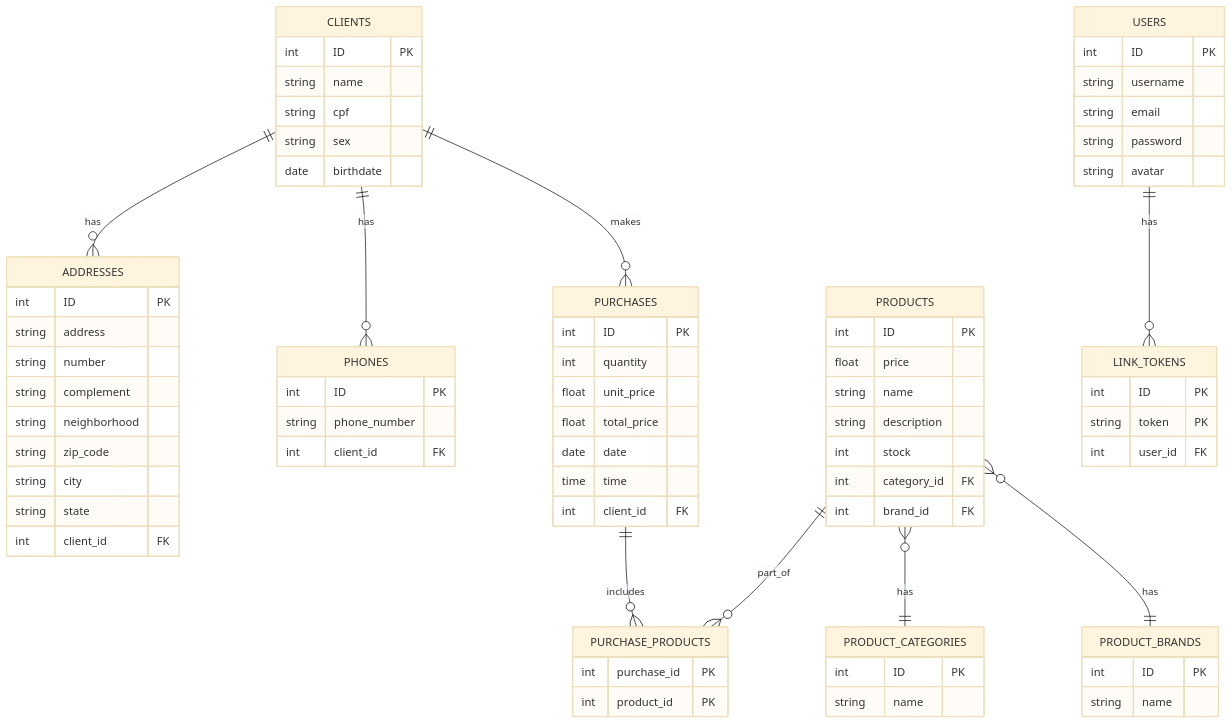
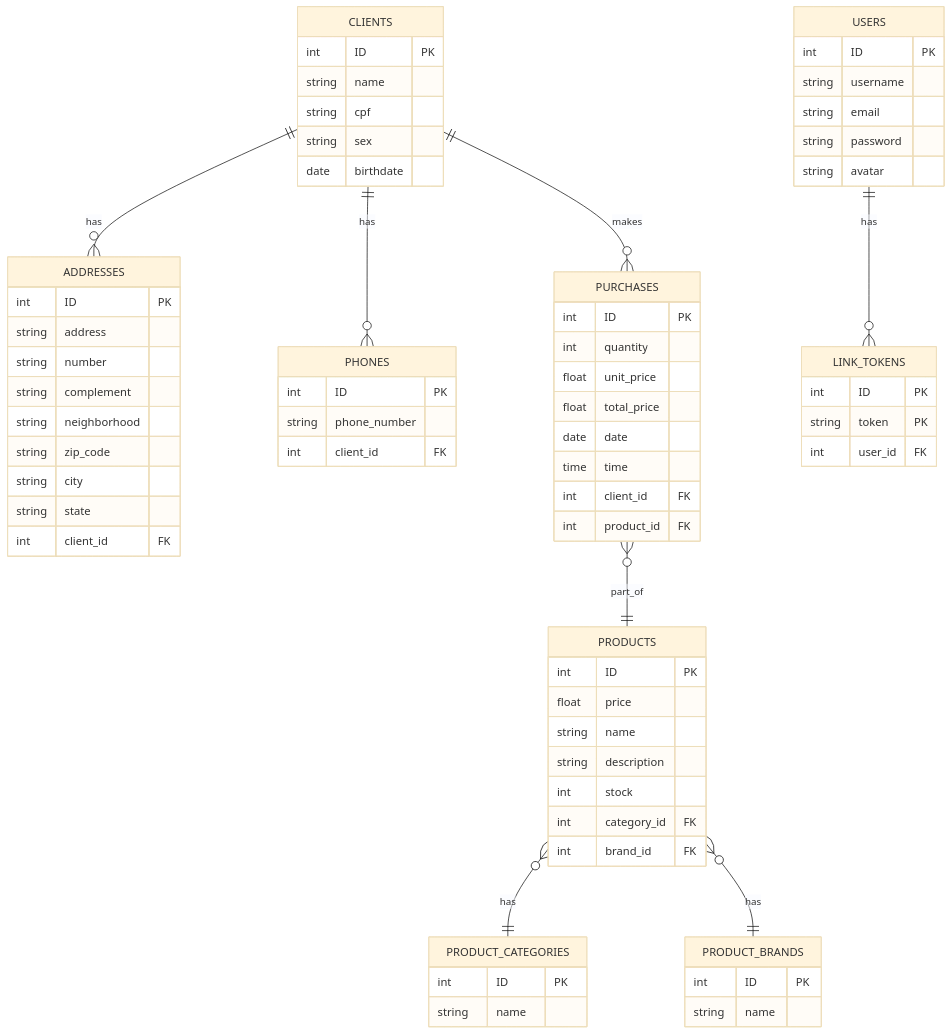
Before and after one commit to andreresende36/comercial-api: the diagram in ER-diagram .md, drawn with Mermaid (base theme). The commit also changed 26 other files, not shown here.

Commit message:
feat: :sparkles: products CRUD and purchases CRUD

````diff
--- a/ER-diagram .md
+++ b/ER-diagram .md
@@ -1,80 +1,76 @@
 ```mermaid
 erDiagram
     USERS {
         int ID PK
         string username
         string email
         string password
         string avatar
     }
     %% SESSIONS {
     %%     int ID PK
     %% }
     CLIENTS {
         int ID PK
         string name
         string cpf
         string sex
         date birthdate
     }
     ADDRESSES {
         int ID PK
         string address
         string number
         string complement
         string neighborhood
         string zip_code
         string city
         string state
         int client_id FK
     }
     PHONES {
         int ID PK
         string phone_number
         int client_id FK
     }
     PRODUCTS {
         int ID PK
         float price
         string name
         string description
         int stock
         int category_id FK
         int brand_id FK
     }
     PRODUCT_CATEGORIES {
         int ID PK
         string name
     }
     PRODUCT_BRANDS {
         int ID PK
         string name
     }
     PURCHASES {
         int ID PK
         int quantity
         float unit_price
         float total_price
         date date
         time time
         int client_id FK
-    }
-    PURCHASE_PRODUCTS {
-        int purchase_id PK
-        int product_id PK
+        int product_id FK
     }
     LINK_TOKENS {
         int ID PK
         string token PK
         int user_id FK
     }
 
     CLIENTS ||--o{ ADDRESSES : has
     CLIENTS ||--o{ PHONES : has
     CLIENTS ||--o{ PURCHASES : makes
-    PURCHASES ||--o{ PURCHASE_PRODUCTS : includes
-    PRODUCTS ||--o{ PURCHASE_PRODUCTS : part_of
+    PURCHASES }o--|| PRODUCTS : part_of
     PRODUCTS }o--|| PRODUCT_CATEGORIES : has
     PRODUCTS }o--|| PRODUCT_BRANDS : has
     USERS ||--o{ LINK_TOKENS : has
 ```
````
